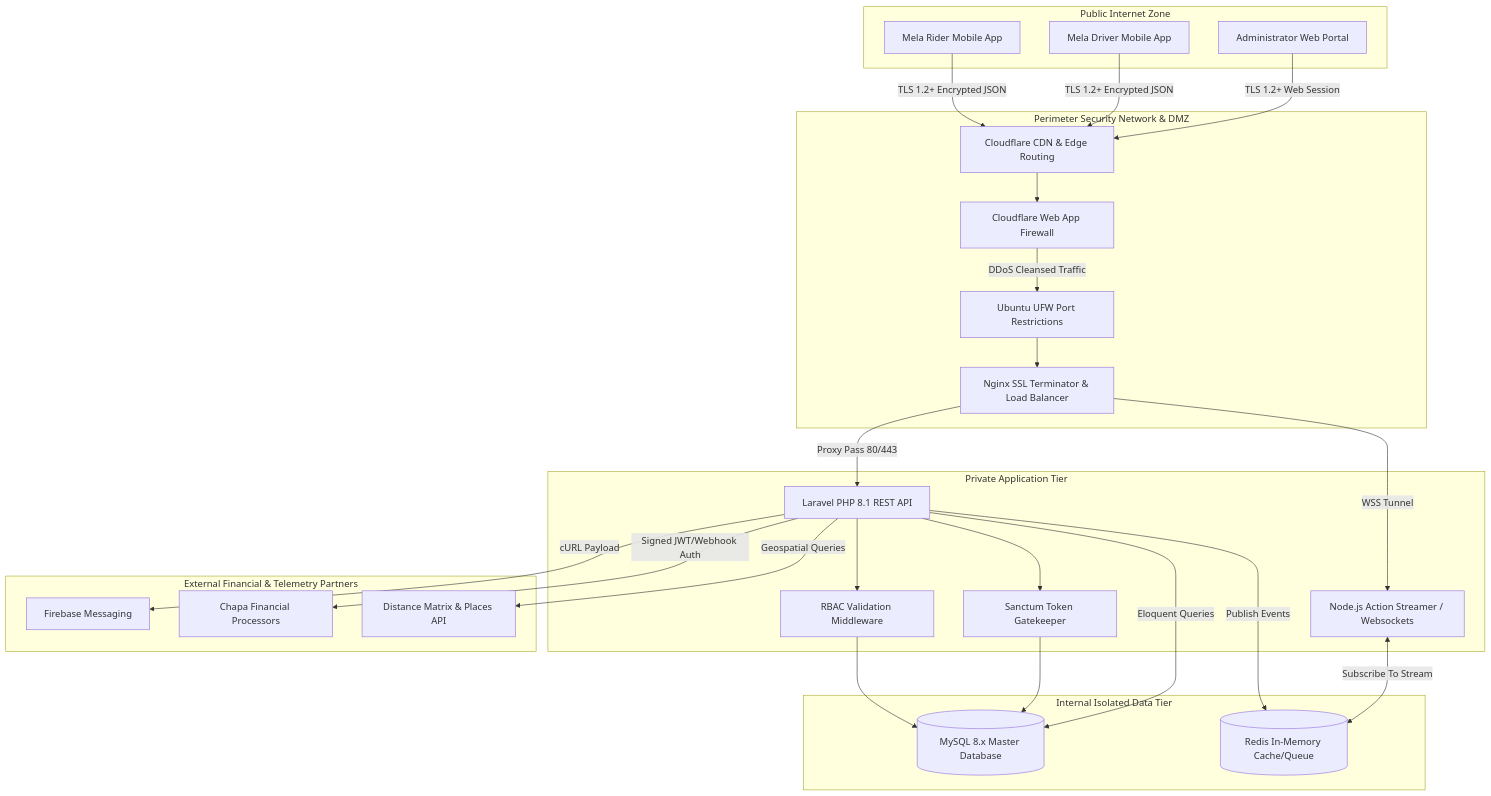
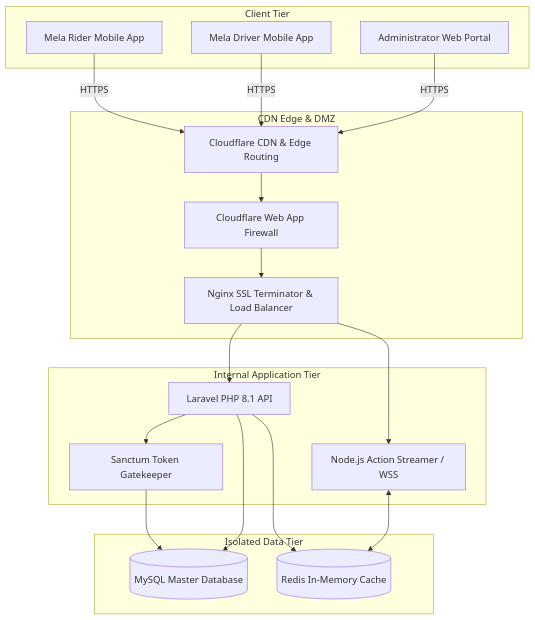
Before and after one commit to Marvels-Creative-Technology/mela-documentation: the fifth of 9 diagrams in Backend/diagrams.md, drawn with Mermaid. The commit also changed other lines of this file, not shown here.

````diff
--- a/Backend/diagrams.md
+++ b/Backend/diagrams.md
@@ -71,58 +126,41 @@
 ```mermaid
 graph TD
-    subgraph Public Internet Zone
+    subgraph Client Tier
         RiderApp[Mela Rider Mobile App]
         DriverApp[Mela Driver Mobile App]
         AdminPortal[Administrator Web Portal]
     end
 
-    subgraph Perimeter Security Network & DMZ
+    subgraph CDN Edge & DMZ
         CDN[Cloudflare CDN & Edge Routing]
         WAF[Cloudflare Web App Firewall]
         Nginx[Nginx SSL Terminator & Load Balancer]
-        UFW[Ubuntu UFW Port Restrictions]
     end
 
-    subgraph Private Application Tier
-        LaravelEngine[Laravel PHP 8.1 REST API]
-        NodeSockets[Node.js Action Streamer / Websockets]
-        SpatieAuth[RBAC Validation Middleware]
+    subgraph Internal Application Tier
+        LaravelEngine[Laravel PHP 8.1 API]
+        NodeSockets[Node.js Action Streamer / WSS]
         Sanctum[Sanctum Token Gatekeeper]
     end
 
-    subgraph Internal Isolated Data Tier
-        DB_Master[(MySQL 8.x Master Database)]
-        RedisInstance[(Redis In-Memory Cache/Queue)]
-    end
-
-    subgraph External Financial & Telemetry Partners
-        FCMApi[Firebase Messaging]
-        ChapaSDK[Chapa Financial Processors]
-        GoogleMaps[Distance Matrix & Places API]
+    subgraph Isolated Data Tier
+        DB_Master[(MySQL Master Database)]
+        RedisInstance[(Redis In-Memory Cache)]
     end
 
     %% Network Connections
-    RiderApp -->|TLS 1.2+ Encrypted JSON| CDN
-    DriverApp -->|TLS 1.2+ Encrypted JSON| CDN
-    AdminPortal -->|TLS 1.2+ Web Session| CDN
+    RiderApp -->|HTTPS| CDN
+    DriverApp -->|HTTPS| CDN
+    AdminPortal -->|HTTPS| CDN
 
     CDN --> WAF
-    WAF -->|DDoS Cleansed Traffic| UFW
-    UFW --> Nginx
+    WAF --> Nginx
+    Nginx --> LaravelEngine
+    Nginx --> NodeSockets
 
-    Nginx -->|Proxy Pass 80/443| LaravelEngine
-    Nginx -->|WSS Tunnel| NodeSockets
-
-    LaravelEngine --> SpatieAuth
     LaravelEngine --> Sanctum
-    SpatieAuth --> DB_Master
     Sanctum --> DB_Master
-
-    LaravelEngine -->|Eloquent Queries| DB_Master
-    LaravelEngine -->|Publish Events| RedisInstance
-    NodeSockets <-->|Subscribe To Stream| RedisInstance
-
-    LaravelEngine -->|cURL Payload| FCMApi
-    LaravelEngine -->|Signed JWT/Webhook Auth| ChapaSDK
-    LaravelEngine -->|Geospatial Queries| GoogleMaps
+    LaravelEngine --> DB_Master
+    LaravelEngine --> RedisInstance
+    NodeSockets <--> RedisInstance
 ```
````
